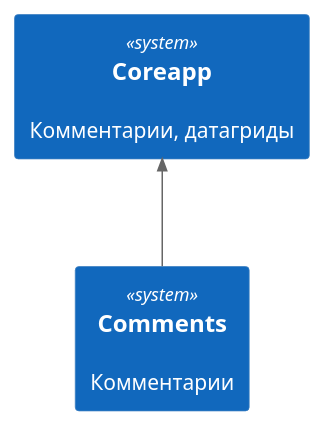
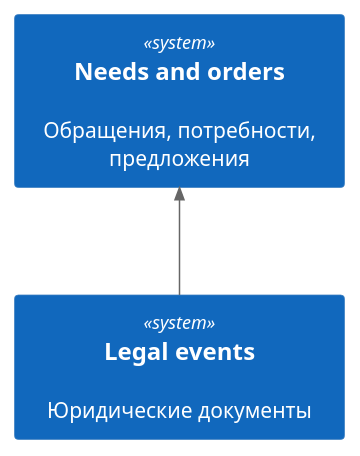
One commit to lulya31/some changed the diagram in static/05_01_03_06_img/legal_documents.puml. Above: the diagram before and after it, drawn with PlantUML. The commit also changed other lines of this file and 103 other files, not shown here.

```diff
--- a/static/05_01_03_06_img/legal_documents.puml
+++ b/static/05_01_03_06_img/legal_documents.puml
@@ -4,34 +4,19 @@
 @startuml
 
 '!include https://raw.githubusercontent.com/plantuml-stdlib/C4-PlantUML/master/C4_Context.puml
 
-' uncomment the following line and comment the first to use locally
-' !include C4_Context.puml
-
 !include static/includes/c4_context.puml
 !include static/includes/c4_container.puml
 
-'left to right direction
-
 'skinparam svgLinkTarget _blank
 skinparam backgroundcolor transparent
-
-<style>
-System {
-    MinimumWidth 300
-    MinimumHeight 150
-}
-</style>
+skinparam minClassWidth 200
 
 LAYOUT_TOP_DOWN()
 
-'LAYOUT_AS_SKETCH()
-'LAYOUT_WITH_LEGEND()
-'LAYOUT_LANDSCAPE()
+System(needs_and_orders, "Needs and orders", "Обращения, потребности, предложения", $link="/05_c4/01_core/03_needs_and_orders/")
+System(legal_documents, "Legal events", "Юридические документы")
 
-System(coreapp, "Coreapp", "Комментарии, датагриды", $link="/05_c4/01_core/01_coreapp/")
-System(comments, "Comments", "Комментарии")
-
-Rel_U(comments, coreapp, "")
+Rel_U(legal_documents, needs_and_orders, "")
 
 @enduml
```
